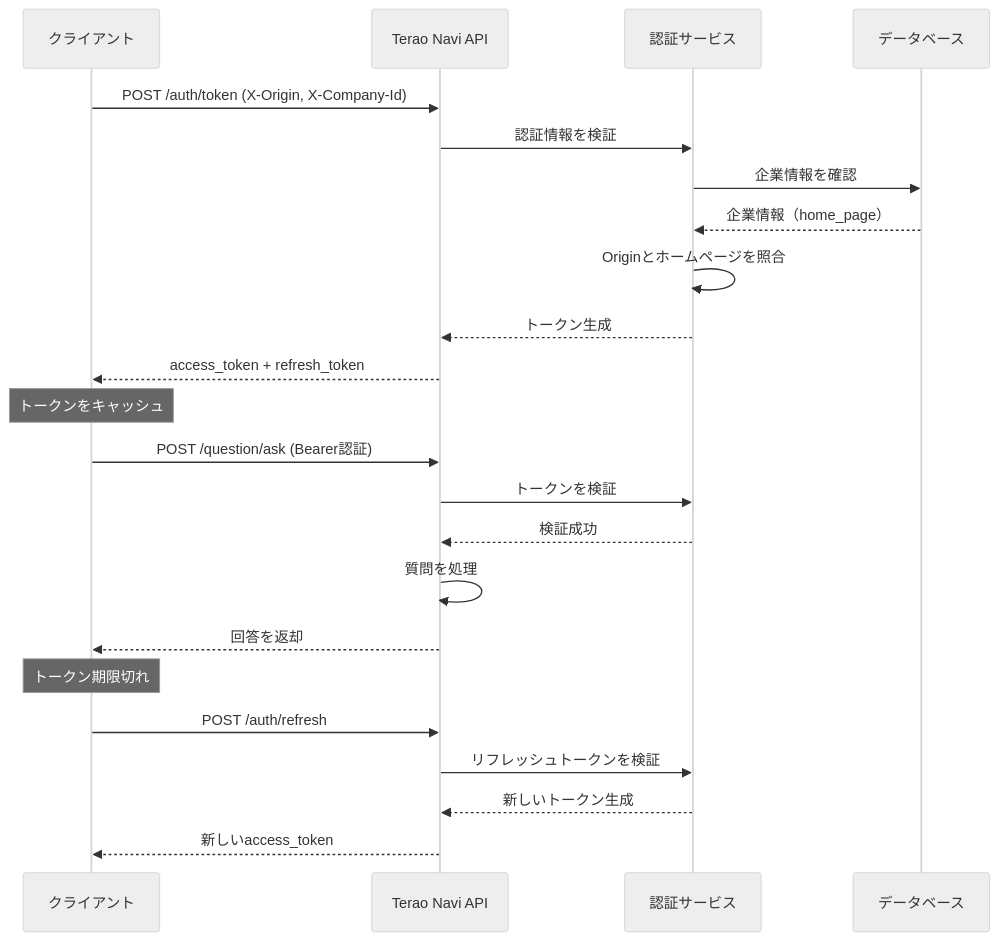
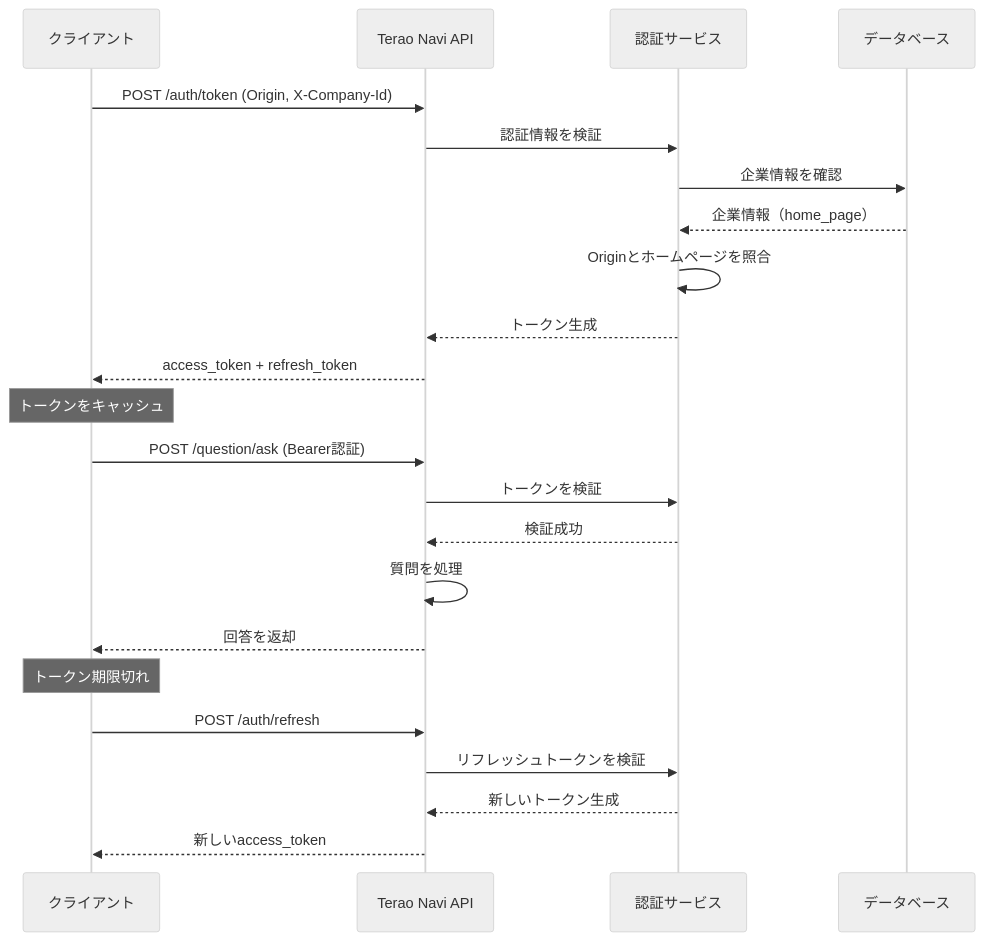
One commit to terao06/terao_navi_api changed the second of 2 diagrams in README.md. Above: the diagram before and after it, drawn with Mermaid (neutral theme). The commit also changed other lines of this file and 2 other files, not shown here.

````diff
--- a/README.md
+++ b/README.md
@@ -357,30 +357,30 @@
 ```mermaid
 sequenceDiagram
     participant Client as クライアント
     participant API as Terao Navi API
     participant Auth as 認証サービス
     participant DB as データベース
     
-    Client->>API: POST /auth/token (X-Origin, X-Company-Id)
+    Client->>API: POST /auth/token (Origin, X-Company-Id)
     API->>Auth: 認証情報を検証
     Auth->>DB: 企業情報を確認
     DB-->>Auth: 企業情報（home_page）
     Auth->>Auth: Originとホームページを照合
     Auth-->>API: トークン生成
     API-->>Client: access_token + refresh_token
     
     Note over Client: トークンをキャッシュ
     
     Client->>API: POST /question/ask (Bearer認証)
     API->>Auth: トークンを検証
     Auth-->>API: 検証成功
     API->>API: 質問を処理
     API-->>Client: 回答を返却
     
     Note over Client: トークン期限切れ
     
     Client->>API: POST /auth/refresh
     API->>Auth: リフレッシュトークンを検証
     Auth-->>API: 新しいトークン生成
     API-->>Client: 新しいaccess_token
 ```
````
